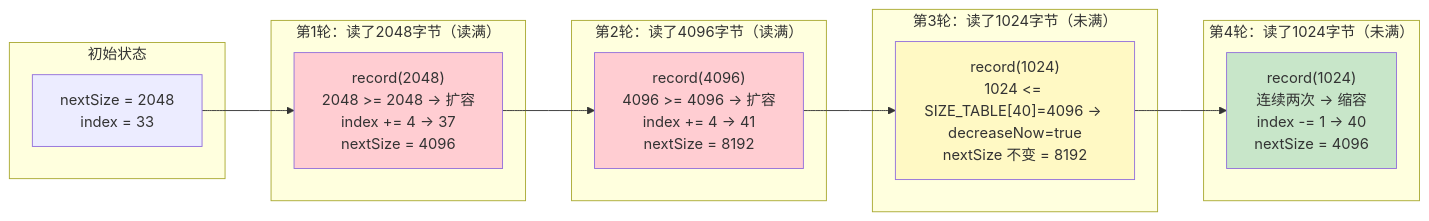
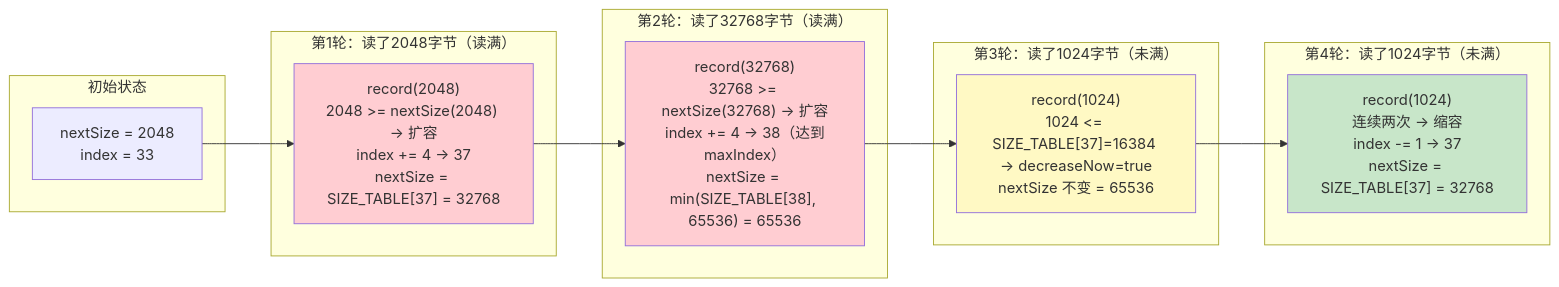
Before and after one commit to LoveEleve/netty-4.2.9: the third of 5 diagrams in example/src/main/java/io/netty/md/04-Channel与Unsafe/02-channel-read-accept-flow.md, drawn with Mermaid. The commit also changed other lines of this file, not shown here.

````diff
--- a/example/src/main/java/io/netty/md/04-Channel与Unsafe/02-channel-read-accept-flow.md
+++ b/example/src/main/java/io/netty/md/04-Channel与Unsafe/02-channel-read-accept-flow.md
@@ -692,25 +706,25 @@
 ```mermaid
 graph LR
     subgraph "初始状态"
         A["nextSize = 2048\nindex = 33"]
     end
     subgraph "第1轮：读了2048字节（读满）"
-        B["record(2048)\n2048 >= 2048 → 扩容\nindex += 4 → 37\nnextSize = 4096"]
+        B["record(2048)\n2048 >= nextSize(2048) → 扩容\nindex += 4 → 37\nnextSize = SIZE_TABLE[37] = 32768"]
     end
-    subgraph "第2轮：读了4096字节（读满）"
-        C["record(4096)\n4096 >= 4096 → 扩容\nindex += 4 → 41\nnextSize = 8192"]
+    subgraph "第2轮：读了32768字节（读满）"
+        C["record(32768)\n32768 >= nextSize(32768) → 扩容\nindex += 4 → 38（达到maxIndex）\nnextSize = min(SIZE_TABLE[38], 65536) = 65536"]
     end
     subgraph "第3轮：读了1024字节（未满）"
-        D["record(1024)\n1024 <= SIZE_TABLE[40]=4096 → decreaseNow=true\nnextSize 不变 = 8192"]
+        D["record(1024)\n1024 <= SIZE_TABLE[37]=16384 → decreaseNow=true\nnextSize 不变 = 65536"]
     end
     subgraph "第4轮：读了1024字节（未满）"
-        E["record(1024)\n连续两次 → 缩容\nindex -= 1 → 40\nnextSize = 4096"]
+        E["record(1024)\n连续两次 → 缩容\nindex -= 1 → 37\nnextSize = SIZE_TABLE[37] = 32768"]
     end
 
     A --> B --> C --> D --> E
 
     style B fill:#ffcdd2
     style C fill:#ffcdd2
     style D fill:#fff9c4
     style E fill:#c8e6c9
 ```
````
